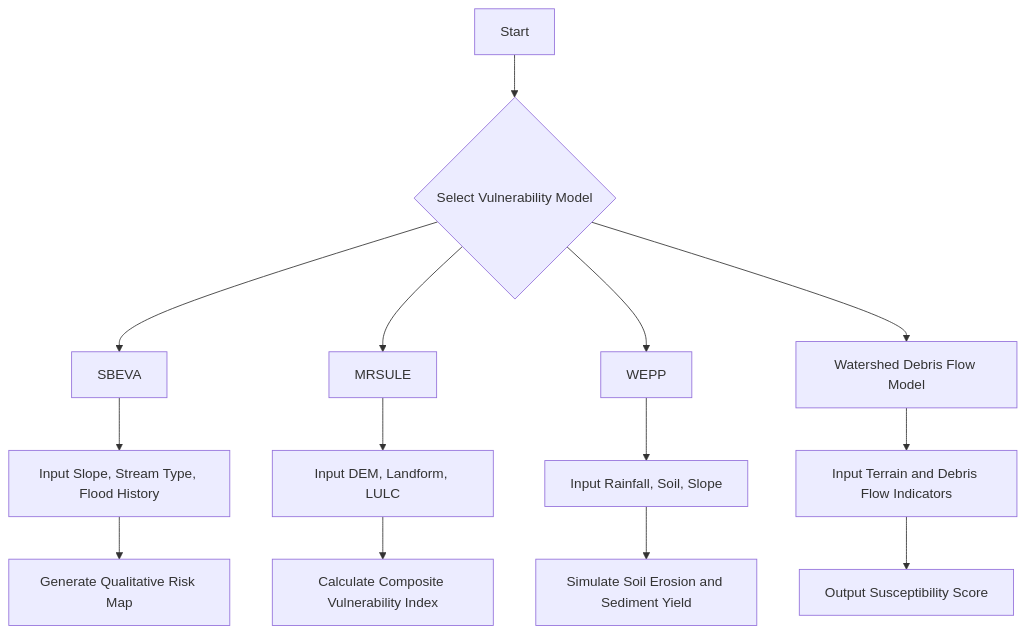
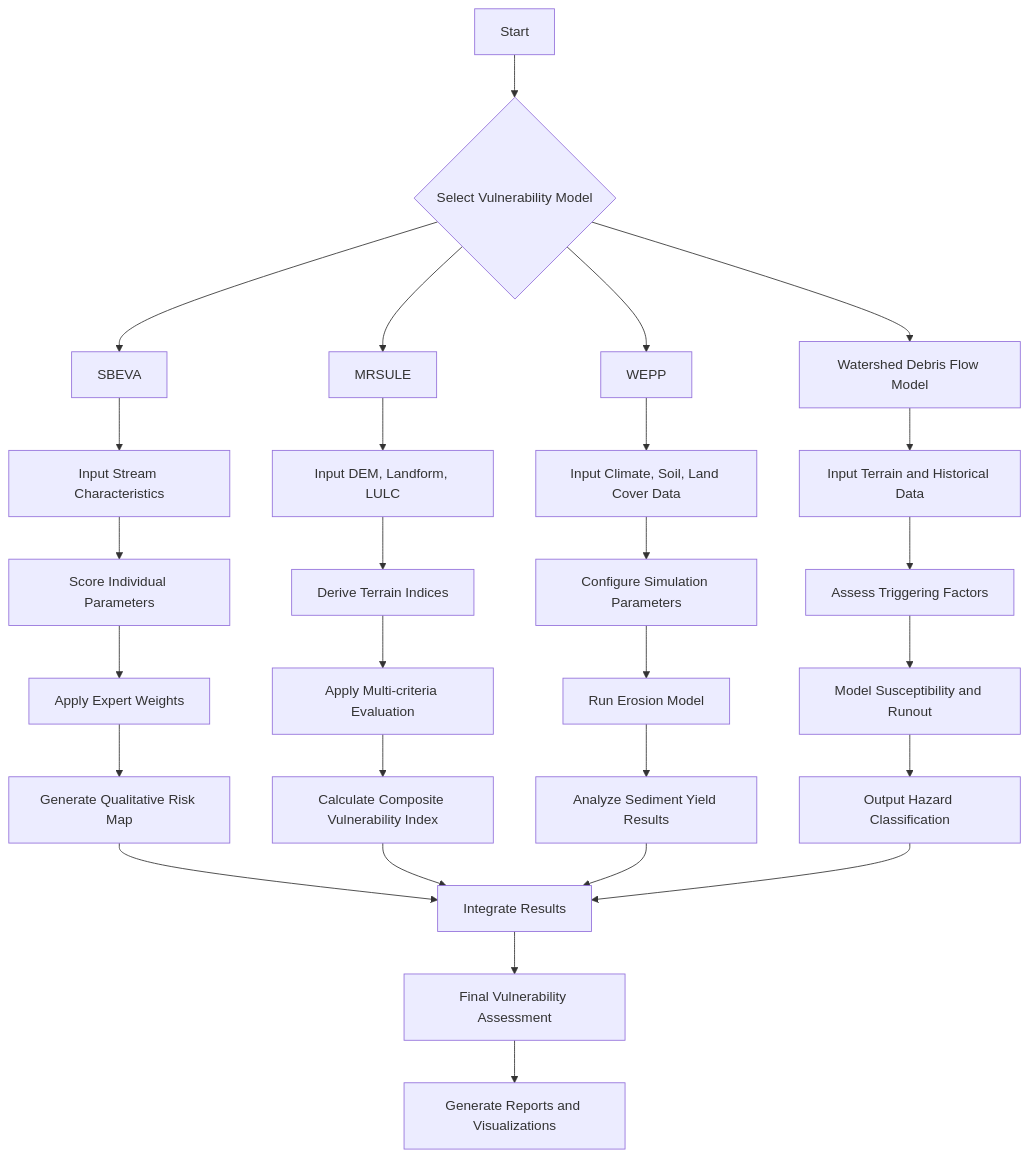
The third of 3 diagrams in docs/chapter-03.md (SouravDSGit/CULVERT-Manual), drawn with Mermaid before and after one commit. The commit also changed other lines of this file, not shown here.

````diff
--- a/docs/chapter-03.md
+++ b/docs/chapter-03.md
@@ -199,20 +390,35 @@
 ```mermaid
 flowchart TD
     A[Start] --> B{Select Vulnerability Model}
 
     B --> C1[SBEVA]
-    C1 --> D1[Input Slope, Stream Type, Flood History]
-    D1 --> E1[Generate Qualitative Risk Map]
+    C1 --> D1[Input Stream Characteristics]
+    D1 --> E1[Score Individual Parameters]
+    E1 --> F1[Apply Expert Weights]
+    F1 --> G1[Generate Qualitative Risk Map]
 
     B --> C2[MRSULE]
     C2 --> D2[Input DEM, Landform, LULC]
-    D2 --> E2[Calculate Composite Vulnerability Index]
+    D2 --> E2[Derive Terrain Indices]
+    E2 --> F2[Apply Multi-criteria Evaluation]
+    F2 --> G2[Calculate Composite Vulnerability Index]
 
     B --> C3[WEPP]
-    C3 --> D3[Input Rainfall, Soil, Slope]
-    D3 --> E3[Simulate Soil Erosion and Sediment Yield]
+    C3 --> D3[Input Climate, Soil, Land Cover Data]
+    D3 --> E3[Configure Simulation Parameters]
+    E3 --> F3[Run Erosion Model]
+    F3 --> G3[Analyze Sediment Yield Results]
 
     B --> C4[Watershed Debris Flow Model]
-    C4 --> D4[Input Terrain and Debris Flow Indicators]
-    D4 --> E4[Output Susceptibility Score]
+    C4 --> D4[Input Terrain and Historical Data]
+    D4 --> E4[Assess Triggering Factors]
+    E4 --> F4[Model Susceptibility and Runout]
+    F4 --> G4[Output Hazard Classification]
+
+    G1 --> H[Integrate Results]
+    G2 --> H
+    G3 --> H
+    G4 --> H
+    H --> I[Final Vulnerability Assessment]
+    I --> J[Generate Reports and Visualizations]
 ```
````
